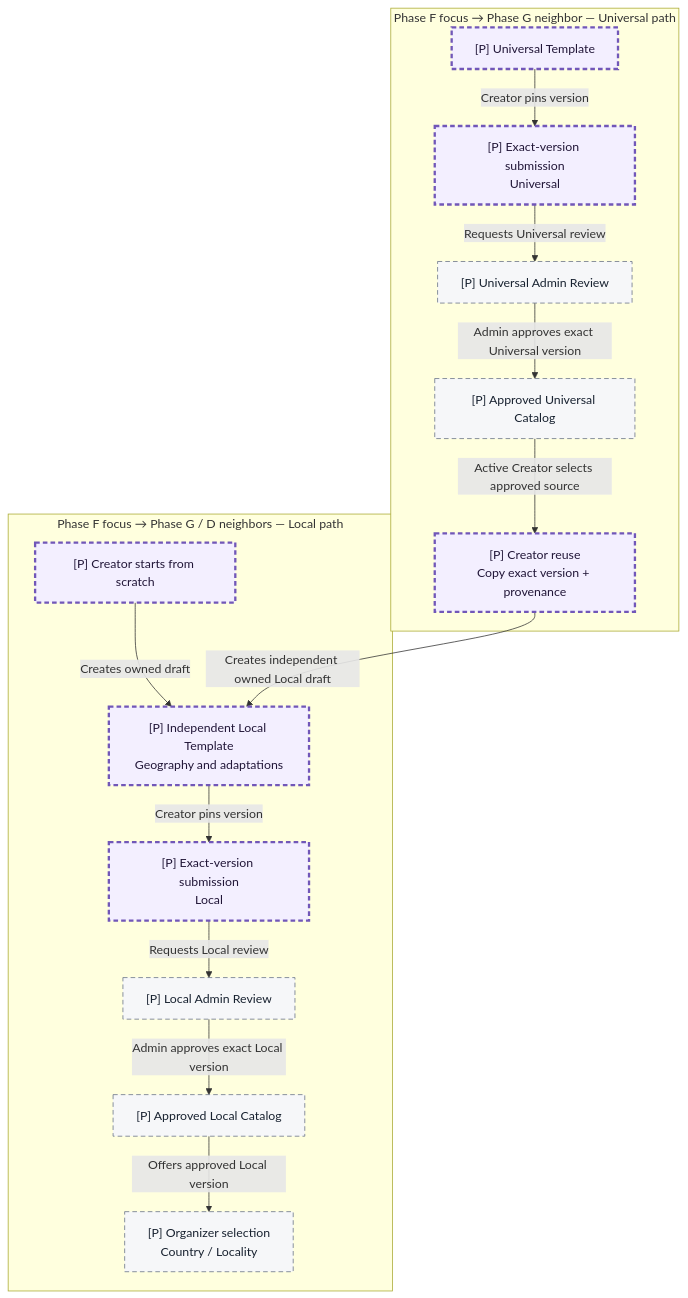
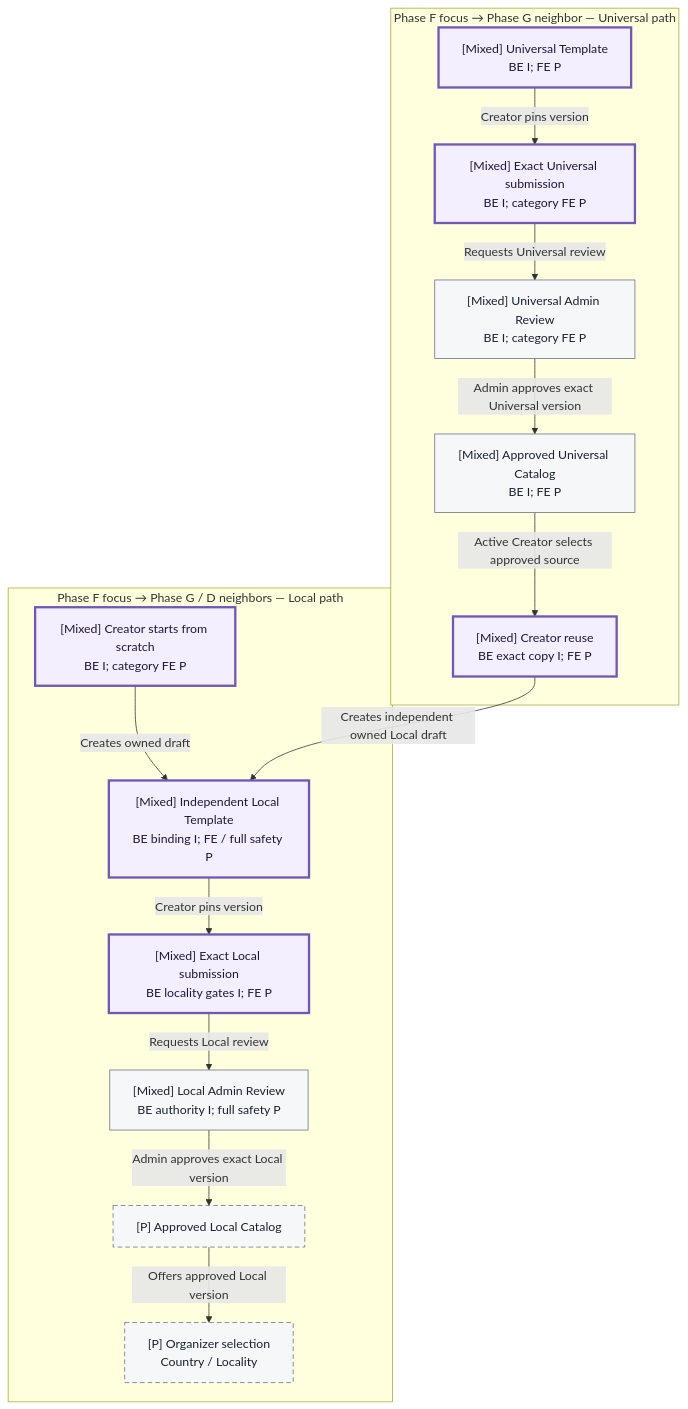
Before and after one commit to tedixdev-arch/Tedix_Hunt_FE: the eighth of 19 diagrams in docs/TedixHunt_Prototype_Architecture_Implementation_Plan.md, drawn with Mermaid. The commit also changed other lines of this file, not shown here.

Commit message:
docs: reconcile architecture v3.6 with backend foundations through #88

````diff
--- a/docs/TedixHunt_Prototype_Architecture_Implementation_Plan.md
+++ b/docs/TedixHunt_Prototype_Architecture_Implementation_Plan.md
@@ -1413,34 +1417,34 @@
 ```mermaid
 flowchart TB
   subgraph uPath["Phase F focus → Phase G neighbor — Universal path"]
-    universal["[P] Universal Template"]
-    submitU["[P] Exact-version submission<br/>Universal"]
-    reviewU["[P] Universal Admin Review"]
-    catalogU["[P] Approved Universal Catalog"]
-    reuse["[P] Creator reuse<br/>Copy exact version + provenance"]
+    universal["[Mixed] Universal Template<br/>BE I; FE P"]
+    submitU["[Mixed] Exact Universal submission<br/>BE I; category FE P"]
+    reviewU["[Mixed] Universal Admin Review<br/>BE I; category FE P"]
+    catalogU["[Mixed] Approved Universal Catalog<br/>BE I; FE P"]
+    reuse["[Mixed] Creator reuse<br/>BE exact copy I; FE P"]
     universal -->|"Creator pins version"| submitU
     submitU -->|"Requests Universal review"| reviewU
     reviewU -->|"Admin approves exact Universal version"| catalogU
     catalogU -->|"Active Creator selects approved source"| reuse
   end
   subgraph lPath["Phase F focus → Phase G / D neighbors — Local path"]
-    scratch["[P] Creator starts from scratch"]
-    local["[P] Independent Local Template<br/>Geography and adaptations"]
-    submitL["[P] Exact-version submission<br/>Local"]
-    reviewL["[P] Local Admin Review"]
+    scratch["[Mixed] Creator starts from scratch<br/>BE I; category FE P"]
+    local["[Mixed] Independent Local Template<br/>BE binding I; FE / full safety P"]
+    submitL["[Mixed] Exact Local submission<br/>BE locality gates I; FE P"]
+    reviewL["[Mixed] Local Admin Review<br/>BE authority I; full safety P"]
     catalogL["[P] Approved Local Catalog"]
     organizer["[P] Organizer selection<br/>Country / Locality"]
     scratch -->|"Creates owned draft"| local
     local -->|"Creator pins version"| submitL
     submitL -->|"Requests Local review"| reviewL
     reviewL -->|"Admin approves exact Local version"| catalogL
     catalogL -->|"Offers approved Local version"| organizer
   end
   reuse -->|"Creates independent owned Local draft"| local
   classDef focus fill:#F3EFFF,stroke:#7157B8,stroke-width:3px,color:#211638;
   classDef neighbor fill:#F6F7F9,stroke:#667085,stroke-width:1px,color:#182230;
   classDef planned stroke-dasharray:6 4;
   class universal,submitU,reuse,scratch,local,submitL focus;
   class reviewU,catalogU,reviewL,catalogL,organizer neighbor;
-  class universal,submitU,reviewU,catalogU,reuse,scratch,local,submitL,reviewL,catalogL,organizer planned;
+  class catalogL,organizer planned;
 ```
````
